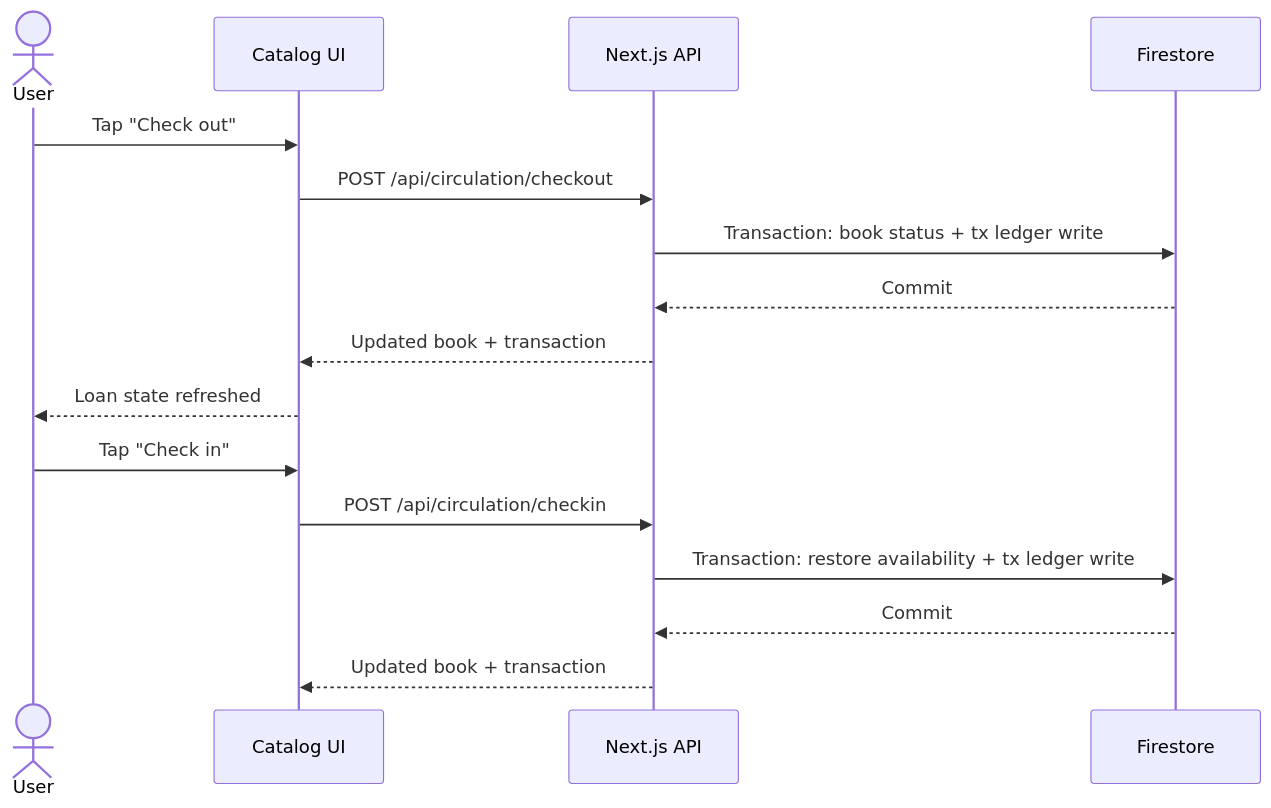
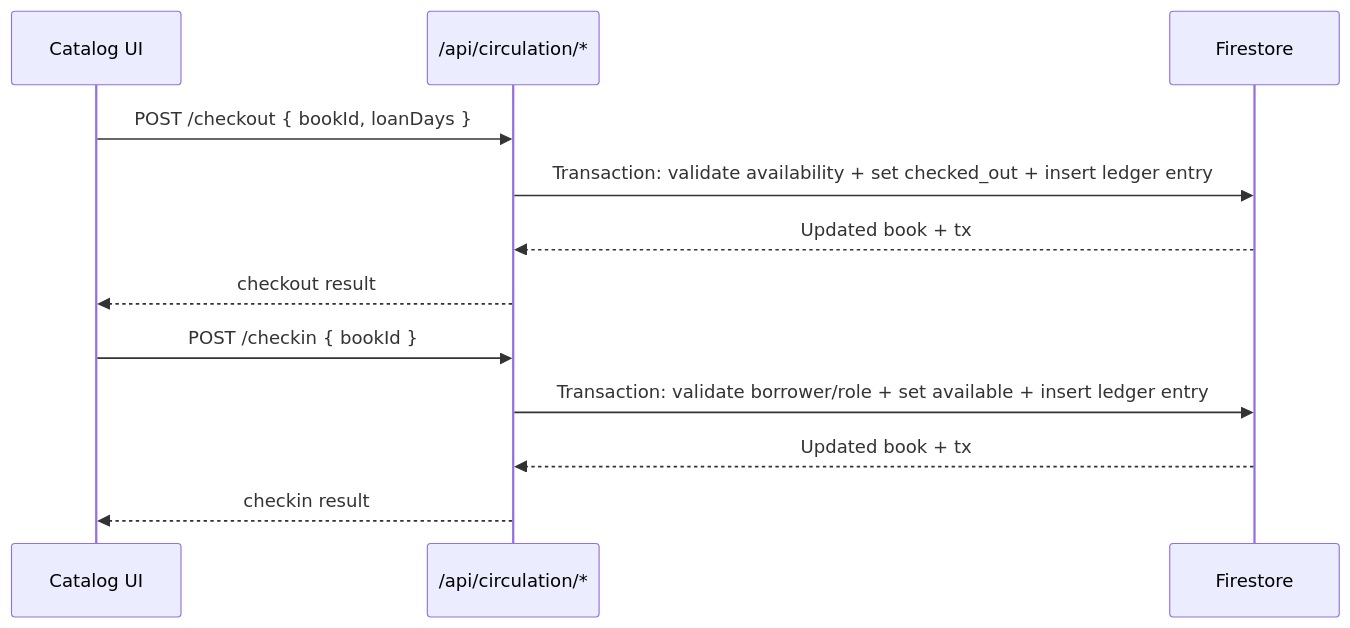
The third of 4 diagrams in README.md (Mohammad-AlBaker-Zaytoun/Version-1--Mini-Library-Management-System-Challenge), drawn with Mermaid before and after one commit. The commit also changed other lines of this file and 63 other files, not shown here.

````diff
--- a/README.md
+++ b/README.md
@@ -78,20 +85,16 @@
 ```mermaid
 sequenceDiagram
-  actor User
   participant UI as Catalog UI
-  participant API as Next.js API
+  participant API as /api/circulation/*
   participant DB as Firestore
 
-  User->>UI: Tap "Check out"
-  UI->>API: POST /api/circulation/checkout
-  API->>DB: Transaction: book status + tx ledger write
-  DB-->>API: Commit
-  API-->>UI: Updated book + transaction
-  UI-->>User: Loan state refreshed
+  UI->>API: POST /checkout { bookId, loanDays }
+  API->>DB: Transaction: validate availability + set checked_out + insert ledger entry
+  DB-->>API: Updated book + tx
+  API-->>UI: checkout result
 
-  User->>UI: Tap "Check in"
-  UI->>API: POST /api/circulation/checkin
-  API->>DB: Transaction: restore availability + tx ledger write
-  DB-->>API: Commit
-  API-->>UI: Updated book + transaction
+  UI->>API: POST /checkin { bookId }
+  API->>DB: Transaction: validate borrower/role + set available + insert ledger entry
+  DB-->>API: Updated book + tx
+  API-->>UI: checkin result
 ```
````
